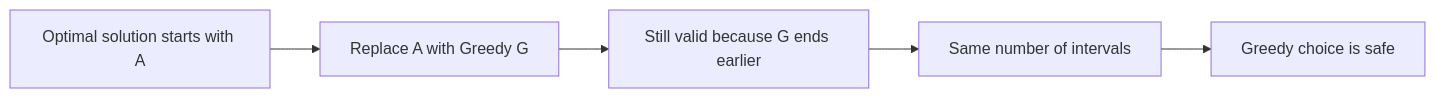
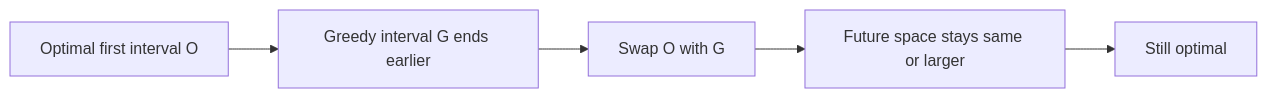
Diagram 18 of 23 in CP_DSA_NOTES/TOPIC_WISE/greedy_patterns_visual_reference.md (mthaiseer/springcloud-systemdesign-notes), drawn with Mermaid before and after one commit. The commit also changed other lines of this file, not shown here.

````diff
--- a/CP_DSA_NOTES/TOPIC_WISE/greedy_patterns_visual_reference.md
+++ b/CP_DSA_NOTES/TOPIC_WISE/greedy_patterns_visual_reference.md
@@ -787,7 +949,7 @@
 ```mermaid
 flowchart LR
-    O[Optimal solution starts with A] --> R[Replace A with Greedy G]
-    R --> V[Still valid because G ends earlier]
-    V --> S[Same number of intervals]
-    S --> C[Greedy choice is safe]
+    A[Optimal first interval O] --> B[Greedy interval G ends earlier]
+    B --> C[Swap O with G]
+    C --> D[Future space stays same or larger]
+    D --> E[Still optimal]
 ```
````
